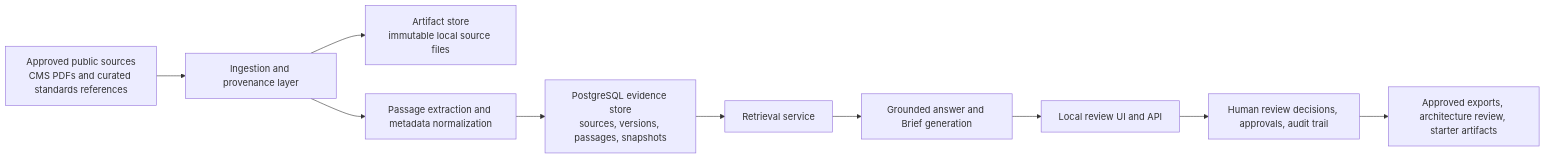
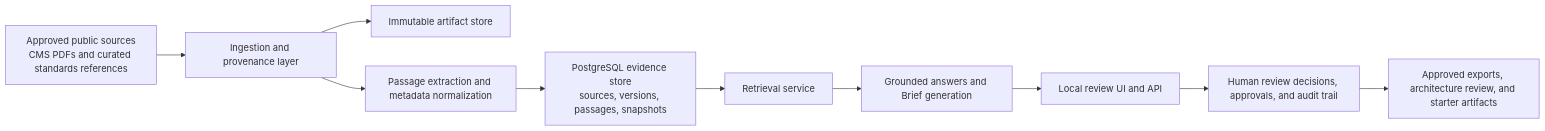
One commit to venkata-ramana/HealthForge changed the diagram in README.md. Above: the diagram before and after it, drawn with Mermaid. The commit also changed other lines of this file, not shown here.

````diff
--- a/README.md
+++ b/README.md
@@ -48,12 +204,12 @@
 ```mermaid
 flowchart LR
     A["Approved public sources<br/>CMS PDFs and curated standards references"] --> B["Ingestion and provenance layer"]
-    B --> C["Artifact store<br/>immutable local source files"]
+    B --> C["Immutable artifact store"]
     B --> D["Passage extraction and metadata normalization"]
     D --> E["PostgreSQL evidence store<br/>sources, versions, passages, snapshots"]
     E --> F["Retrieval service"]
-    F --> G["Grounded answer and Brief generation"]
+    F --> G["Grounded answers and Brief generation"]
     G --> H["Local review UI and API"]
-    H --> I["Human review decisions, approvals, audit trail"]
-    I --> J["Approved exports, architecture review, starter artifacts"]
+    H --> I["Human review decisions, approvals, and audit trail"]
+    I --> J["Approved exports, architecture review, and starter artifacts"]
 ```
````
